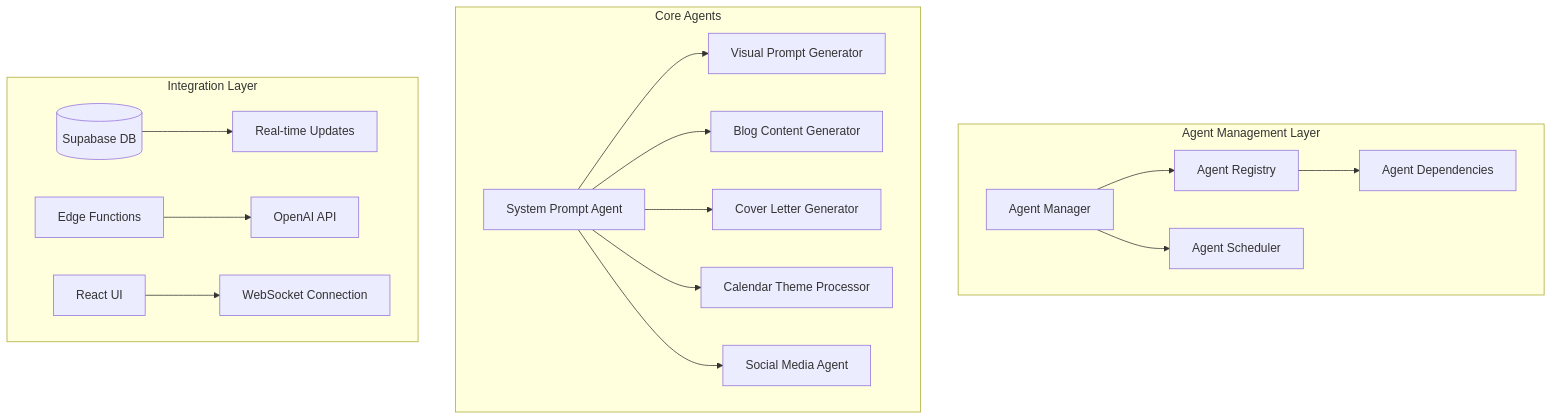
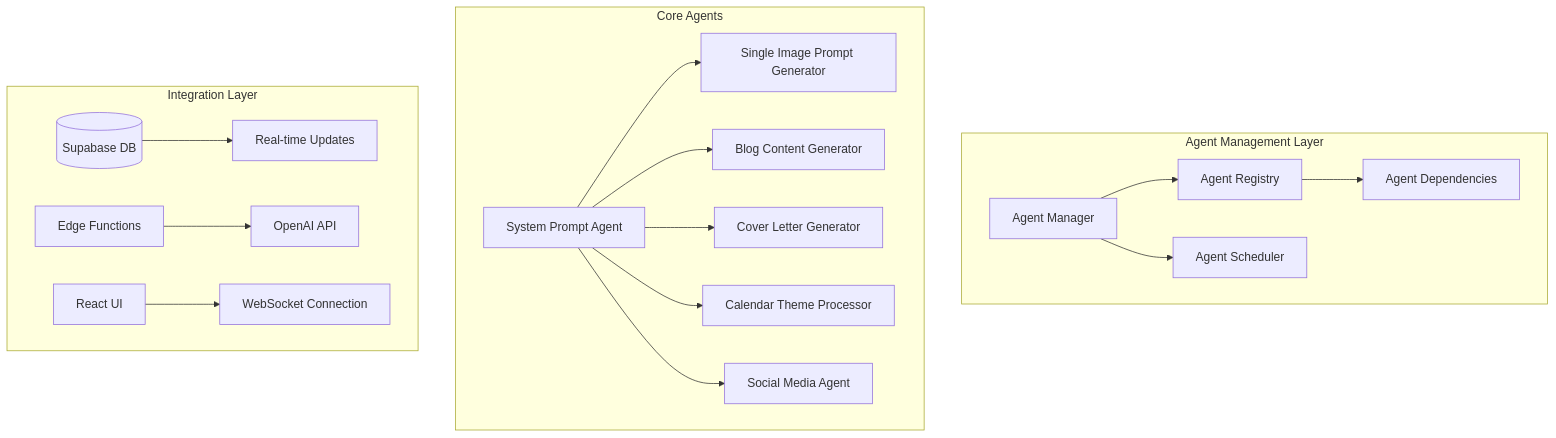
One commit to jordanleahy/jordansportfolio changed the diagram in docs/agents/README.md. Above: the diagram before and after it, drawn with Mermaid.

Commit message:
Update agent README

````diff
--- a/docs/agents/README.md
+++ b/docs/agents/README.md
@@ -11,22 +11,22 @@
 ```mermaid
 graph TB
     subgraph "Agent Management Layer"
         AM[Agent Manager] --> AR[Agent Registry]
         AM --> AS[Agent Scheduler]
         AR --> AD[Agent Dependencies]
     end
     
     subgraph "Core Agents"
-        SPA[System Prompt Agent] --> VPG[Visual Prompt Generator]
+        SPA[System Prompt Agent] --> SIPG[Single Image Prompt Generator]
         SPA --> BCG[Blog Content Generator] 
         SPA --> CLG[Cover Letter Generator]
         SPA --> CTP[Calendar Theme Processor]
         SPA --> SMA[Social Media Agent]
     end
     
     subgraph "Integration Layer"
         DB[(Supabase DB)] --> RT[Real-time Updates]
         EF[Edge Functions] --> AI[OpenAI API]
         UI[React UI] --> WS[WebSocket Connection]
     end
 ```
````
